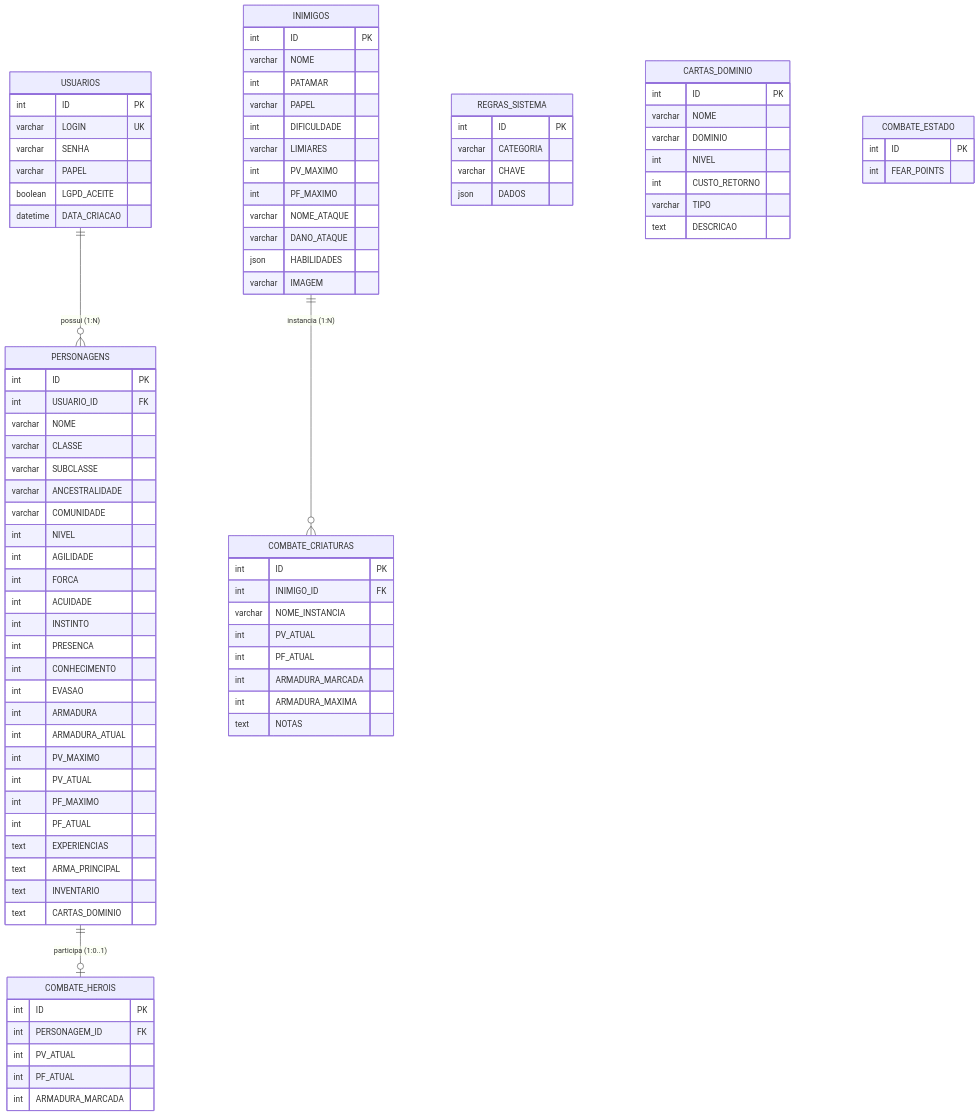
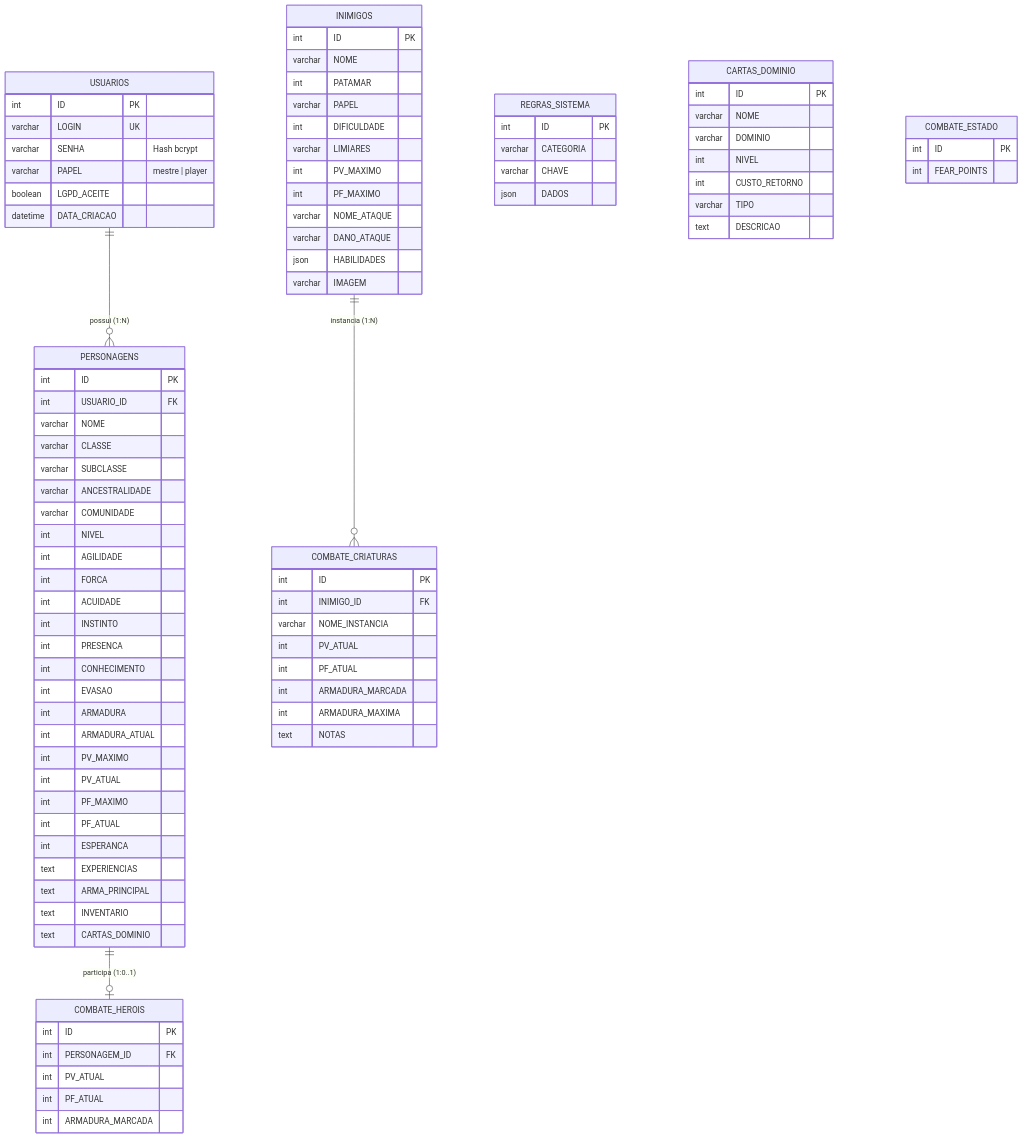
Before and after one commit to Murilopontogif/daggerheart: the third of 3 diagrams in README.md, drawn with Mermaid. The commit also changed other lines of this file, not shown here.

```diff
--- a/README.md
+++ b/README.md
@@ -221,8 +235,8 @@
     USUARIOS {
         int ID PK
         varchar LOGIN UK
-        varchar SENHA
-        varchar PAPEL
+        varchar SENHA "Hash bcrypt"
+        varchar PAPEL "mestre | player"
         boolean LGPD_ACEITE
         datetime DATA_CRIACAO
     }
@@ -249,6 +263,7 @@
         int PV_ATUAL
         int PF_MAXIMO
         int PF_ATUAL
+        int ESPERANCA
         text EXPERIENCIAS
         text ARMA_PRINCIPAL
         text INVENTARIO
```
